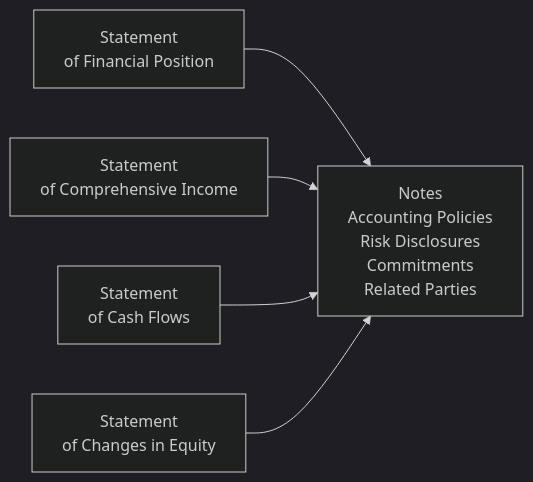
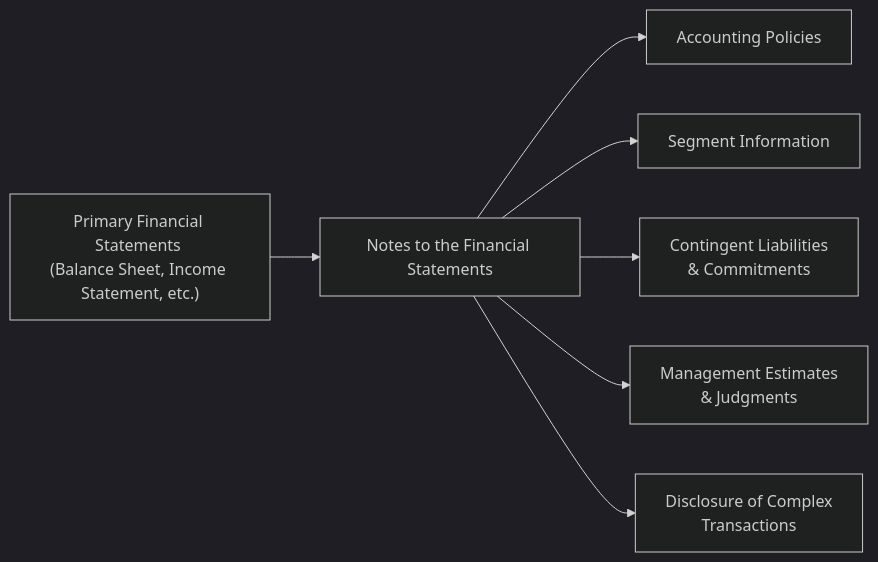
The diagram in content/ifc/9/6/index.md (MasteryEducation/SecuritiesExamsMastery.ca), drawn with Mermaid (dark theme) before and after one commit. The commit also changed other lines of this file and 130 other files, not shown here.

````diff
--- a/content/ifc/9/6/index.md
+++ b/content/ifc/9/6/index.md
@@ -75,7 +52,9 @@
 ```mermaid
 flowchart LR
-    A["Statement <br/>of Financial Position"] --> B["Notes <br/>Accounting Policies <br/>Risk Disclosures <br/>Commitments <br/>Related Parties"]
-    C["Statement <br/>of Comprehensive Income"] --> B
-    D["Statement <br/>of Cash Flows"] --> B
-    E["Statement <br/>of Changes in Equity"] --> B
+    A["Primary Financial Statements <br/>(Balance Sheet, Income Statement, etc.)"] --> B["Notes to the Financial Statements"]
+    B --> C["Accounting Policies"]
+    B --> D["Segment Information"]
+    B --> E["Contingent Liabilities <br/>& Commitments"]
+    B --> F["Management Estimates <br/>& Judgments"]
+    B --> G["Disclosure of Complex <br/>Transactions"]
 ```
````
